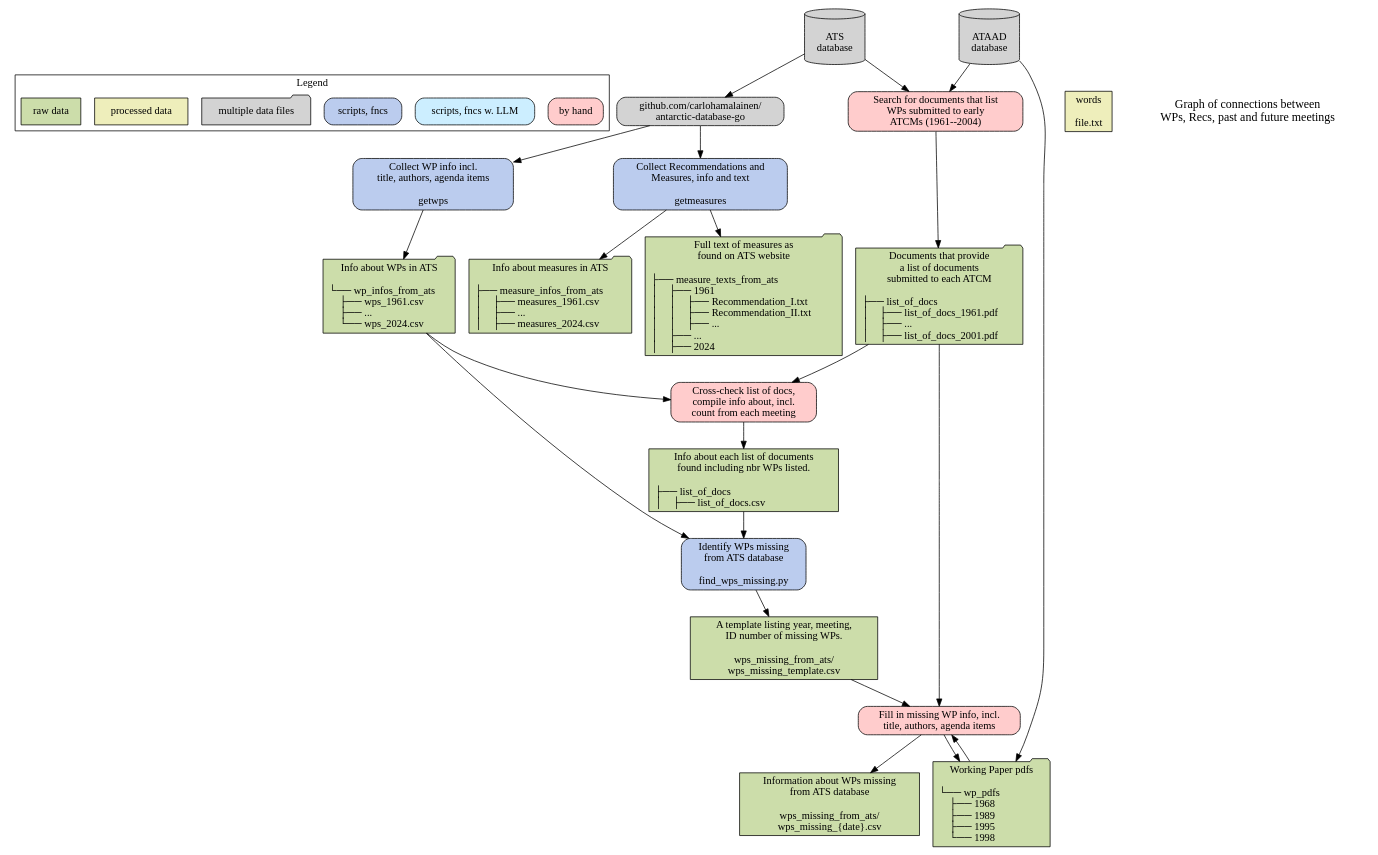
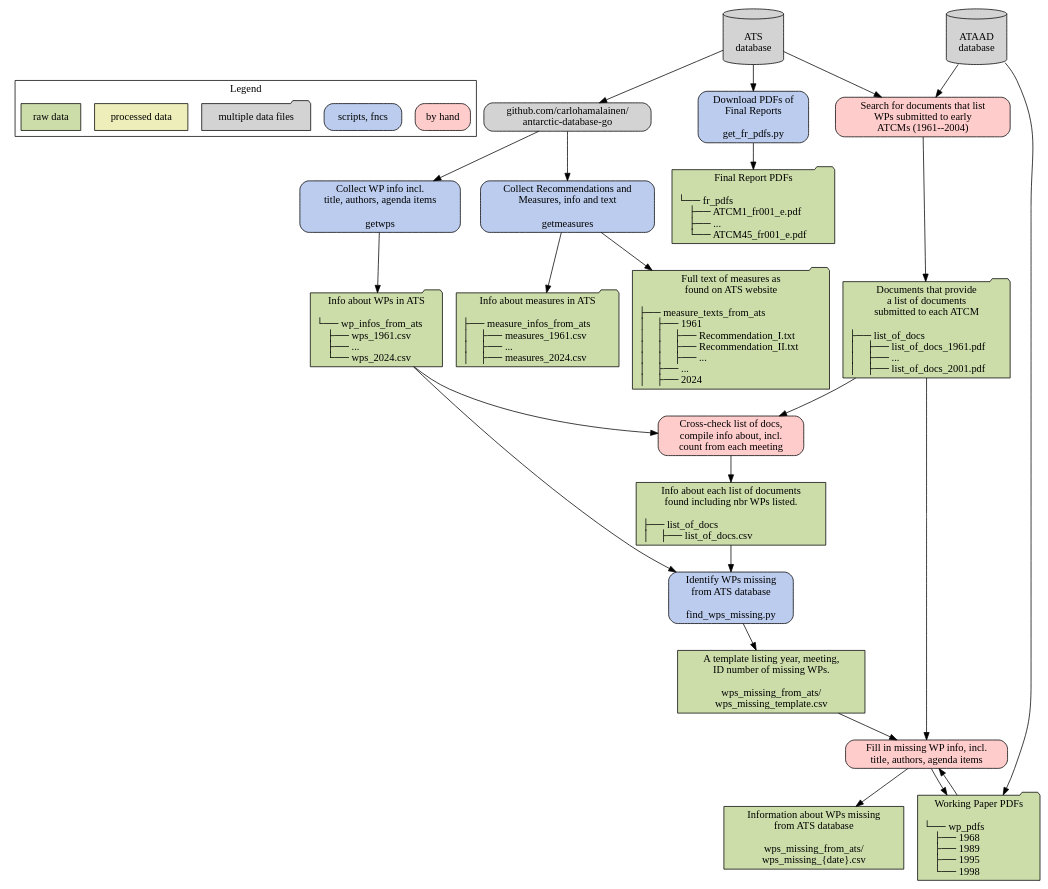
The diagram in docs/data_raw/data_raw.dot (nadiahpk/antarctic-treaty-system-investigation), drawn with Graphviz before and after one commit. The commit also changed 5 other files, not shown here.

Commit message:
get final report pdfs

```diff
--- a/docs/data_raw/data_raw.dot
+++ b/docs/data_raw/data_raw.dot
@@ -1,76 +1,79 @@
 digraph {
 	graph [rankdir=TD];
 	node [label="\N", shape=rectangle, color="black"];
 
     // legend - separate out at end
     subgraph cluster_legend {
         label="Legend";
         leg3 [label="by hand", fillcolor="#ffcccc", style="rounded, filled"];
-        leg5 [label="scripts, fncs w. LLM", fillcolor="#cceeff", style="rounded, filled"];
+        // leg5 [label="scripts, fncs w. LLM", fillcolor="#cceeff", style="rounded, filled"];
         leg2 [label="scripts, fncs", fillcolor="#bbccee", style="rounded, filled"];
         leg4 [label="multiple data files", fillcolor="lightgray", style="filled", shape=folder];
         leg1 [label="processed data", fillcolor="#eeeebb", style="filled"];
         leg0 [label="raw data", fillcolor="#ccddaa", style="filled"];
     }
 
     // nodes
     { // databases
         node [fillcolor="lightgray", style="filled", shape="cylinder"];
         ATS [label="\nATS\ndatabase"];
         ATAAD [label="\nATAAD\ndatabase"];
         {rank="source" ATS ATAAD};
     }
     { // Carlo's package
         node [style="rounded, filled", fillcolor="lightgray"];
         adg [label="github.com/carlohamalainen/\nantarctic-database-go"];
     }
     { // scripts and functions
         node [style="rounded, filled"];
         { // No LLM
             node [fillcolor="#bbccee"];
             getwps [label="Collect WP info incl.\ntitle, authors, agenda items\n\ngetwps"];
             getmeasures [label="Collect Recommendations and\nMeasures, info and text\n\ngetmeasures"];
             find_wps_missing [label="Identify WPs missing\nfrom ATS database\n\nfind_wps_missing.py"];
+            get_fr_pdfs [label="Download PDFs of\nFinal Reports\n\nget_fr_pdfs.py"];
         }
         { // LLM
             node [fillcolor="#cceeff"];
         }
     { // raw data
         node [fillcolor="#ccddaa", style="filled"];
         wp_infos_ats [label="Info about WPs in ATS\n\l└── wp_infos_from_ats\l     ├── wps_1961.csv\l     ├── ...\l     └── wps_2024.csv\l",shape="folder"];
         measure_infos_ats [label="Info about measures in ATS\n\l├── measure_infos_from_ats\l│    ├── measures_1961.csv\l│    ├── ...\l│    ├── measures_2024.csv\l",shape="folder"];
         measure_texts_ats [label="Full text of measures as\n found on ATS website\n\l├── measure_texts_from_ats\l│    ├── 1961\l│    │    ├── Recommendation_I.txt\l│    │    ├── Recommendation_II.txt\l│    │    ├── ...\l│    ├── ...\l│    ├── 2024\l",shape="folder"];
         list_of_docs_pdf [label="Documents that provide\na list of documents\nsubmitted to each ATCM\n\l├── list_of_docs\l│    ├── list_of_docs_1961.pdf\l│    ├── ...\l│    ├── list_of_docs_2001.pdf\l",shape="folder"];
         list_of_docs_csv [label="Info about each list of documents\nfound including nbr WPs listed.\n\n├── list_of_docs\l│    ├── list_of_docs.csv\l"];
         wps_missing_template [label="A template listing year, meeting,\nID number of missing WPs.\n\nwps_missing_from_ats/\nwps_missing_template.csv"];
         wps_missing_csv [label="Information about WPs missing\nfrom ATS database\n\nwps_missing_from_ats/\nwps_missing_{date}.csv"];
-        wp_pdfs [label="Working Paper pdfs\n\n└── wp_pdfs\l     ├── 1968\l     ├── 1989\l     ├── 1995\l     └── 1998\l",shape="folder"];
+        wp_pdfs [label="Working Paper PDFs\n\n└── wp_pdfs\l     ├── 1968\l     ├── 1989\l     ├── 1995\l     └── 1998\l",shape="folder"];
+        fr_pdfs [label="Final Report PDFs\n\n└── fr_pdfs\l     ├── ATCM1_fr001_e.pdf\l     ├── ...\l     └── ATCM45_fr001_e.pdf\l",shape="folder"];
     }
 
     { // processed-data nodes
         node [fillcolor="#eeeebb", style="filled"];
-        node_name [label="words\n\nfile.txt"];
+        // node_name [label="words\n\nfile.txt"];
     }
     }
     { // by hand
         node [fillcolor="#ffcccc", style="rounded, filled"];
         search_list_of_docs [label="Search for documents that list\nWPs submitted to early\nATCMs (1961--2004)"];
         read_list_of_docs [label="Cross-check list of docs,\ncompile info about, incl.\ncount from each meeting"];
         fill_in_missing_wps [label="Fill in missing WP info, incl.\ntitle, authors, agenda items"];
     }
     { // Result
         node [shape="plaintext"];
-        dot_graph [label="Graph of connections between\n WPs, Recs, past and future meetings", fontsize="16"];
+        // dot_graph [label="Graph of connections between\n WPs, Recs, past and future meetings", fontsize="16"];
     }
 
     // connections
     ATS -> adg -> {getwps, getmeasures};
     getwps -> wp_infos_ats;
     getmeasures -> {measure_infos_ats, measure_texts_ats};
     {ATS, ATAAD} -> search_list_of_docs -> list_of_docs_pdf;
     {wp_infos_ats, list_of_docs_pdf} -> read_list_of_docs -> list_of_docs_csv;
     {wp_infos_ats, list_of_docs_csv} -> find_wps_missing -> wps_missing_template;
     {wps_missing_template, list_of_docs_pdf} -> fill_in_missing_wps -> wps_missing_csv;
     fill_in_missing_wps -> wp_pdfs -> fill_in_missing_wps;
     ATAAD -> wp_pdfs;
+    ATS -> get_fr_pdfs -> fr_pdfs;
 }
```
